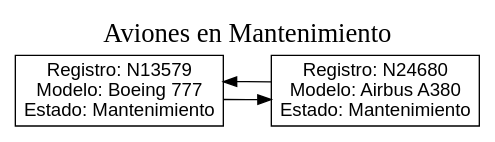
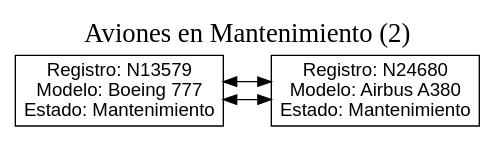
The diagram in src/aviones_mantenimiento.dot (natstyles/202400111_EDD_Proyecto), drawn with Graphviz before and after one commit. The commit also changed 8 other files, not shown here.

First line of the commit message:
[FIX] Visualización de reporte graphviz

```diff
--- a/src/aviones_mantenimiento.dot
+++ b/src/aviones_mantenimiento.dot
@@ -1,11 +1,11 @@
 digraph G {
 rankdir=LR;
 labelloc="t";
-label="Aviones en Mantenimiento";
+label="Aviones en Mantenimiento (2)";
 fontsize=20;
 node [shape=box, fontname="Arial"];
-"Registro: N13579\nModelo: Boeing 777\nEstado: Mantenimiento";
-"Registro: N13579\nModelo: Boeing 777\nEstado: Mantenimiento" -> "Registro: N24680\nModelo: Airbus A380\nEstado: Mantenimiento";
-"Registro: N24680\nModelo: Airbus A380\nEstado: Mantenimiento";
-"Registro: N24680\nModelo: Airbus A380\nEstado: Mantenimiento" -> "Registro: N13579\nModelo: Boeing 777\nEstado: Mantenimiento";
+n0 [label="Registro: N13579\nModelo: Boeing 777\nEstado: Mantenimiento"];
+n1 [label="Registro: N24680\nModelo: Airbus A380\nEstado: Mantenimiento"];
+n0 -> n1 [dir=both];
+n1 -> n0 [dir=both];
 }
```
